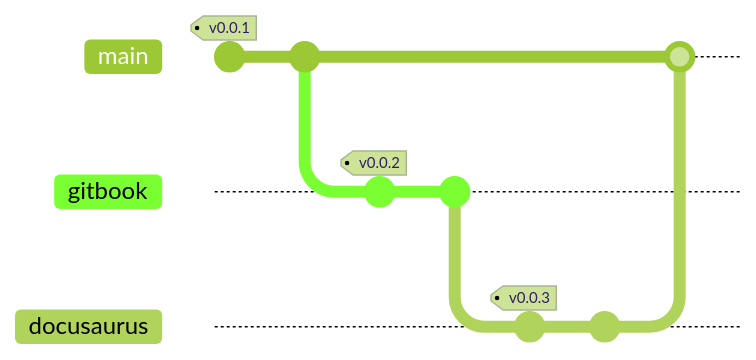
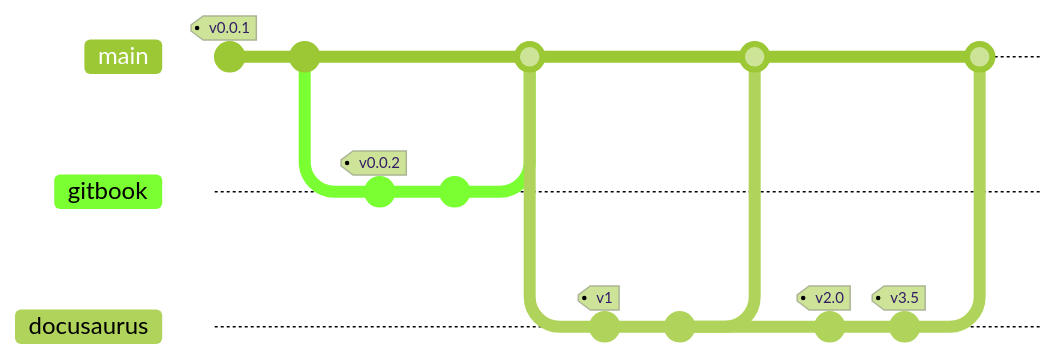
Before and after one commit to windhamdavid/til: the first of 3 diagrams in src/pages/help.md, drawn with Mermaid (forest theme). The commit also changed other lines of this file and 3 other files, not shown here. Commit ids are hidden.

````diff
--- a/src/pages/help.md
+++ b/src/pages/help.md
@@ -23,14 +23,21 @@
 ```mermaid
 gitGraph
     commit id: ".md files" tag: "v0.0.1"
     commit
     branch gitbook
     commit id: "mv to gitbook" tag: "v0.0.2"
     commit
+    checkout main
+    merge gitbook
     branch docusaurus
     checkout docusaurus
-    commit id: "docusaurus"  tag: "v0.0.3"
+    commit id: "docusaurus"  tag: "v1"
     commit
     checkout main
     merge docusaurus
+    checkout docusaurus
+    commit id: "2"  tag: "v2.0"
+    commit id: "3.5"  tag: "v3.5"
+    checkout main
+    merge docusaurus
 ```
````
